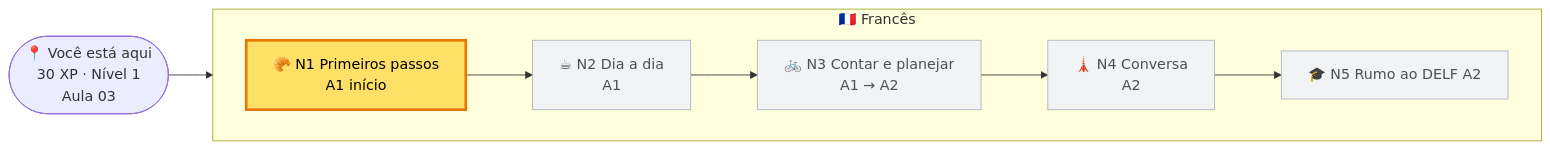
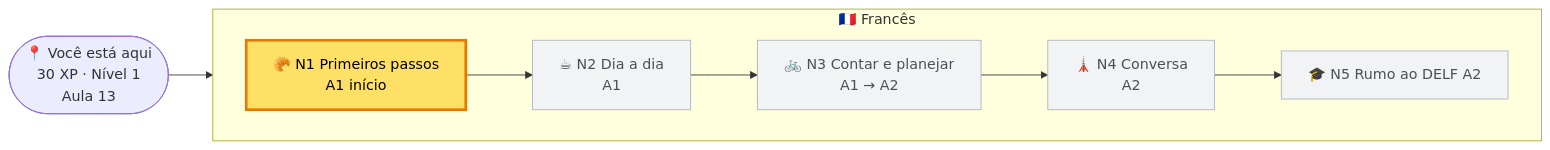
The first of 2 diagrams in README.md (tcandreetti/frances), drawn with Mermaid before and after one commit. The commit also changed other lines of this file and 173 other files, not shown here.

````diff
--- a/README.md
+++ b/README.md
@@ -25,16 +25,16 @@
 ```mermaid
 flowchart LR
-  EU(["📍 Você está aqui<br/>30 XP · Nível 1<br/>Aula 03"])
+  EU(["📍 Você está aqui<br/>30 XP · Nível 1<br/>Aula 13"])
 
   subgraph FR["🇫🇷 Francês"]
     direction LR
     N1["🥐 N1 Primeiros passos<br/>A1 início"] --> N2["☕ N2 Dia a dia<br/>A1"] --> N3["🚲 N3 Contar e planejar<br/>A1 → A2"] --> N4["🗼 N4 Conversa<br/>A2"] --> N5["🎓 N5 Rumo ao DELF A2"]
   end
 
   EU --> N1
 
   classDef atual fill:#ffe066,stroke:#e67700,stroke-width:3px,color:#000
   classDef futuro fill:#f1f3f5,stroke:#adb5bd,color:#495057
   class N1 atual
   class N2,N3,N4,N5 futuro
 ```
````
